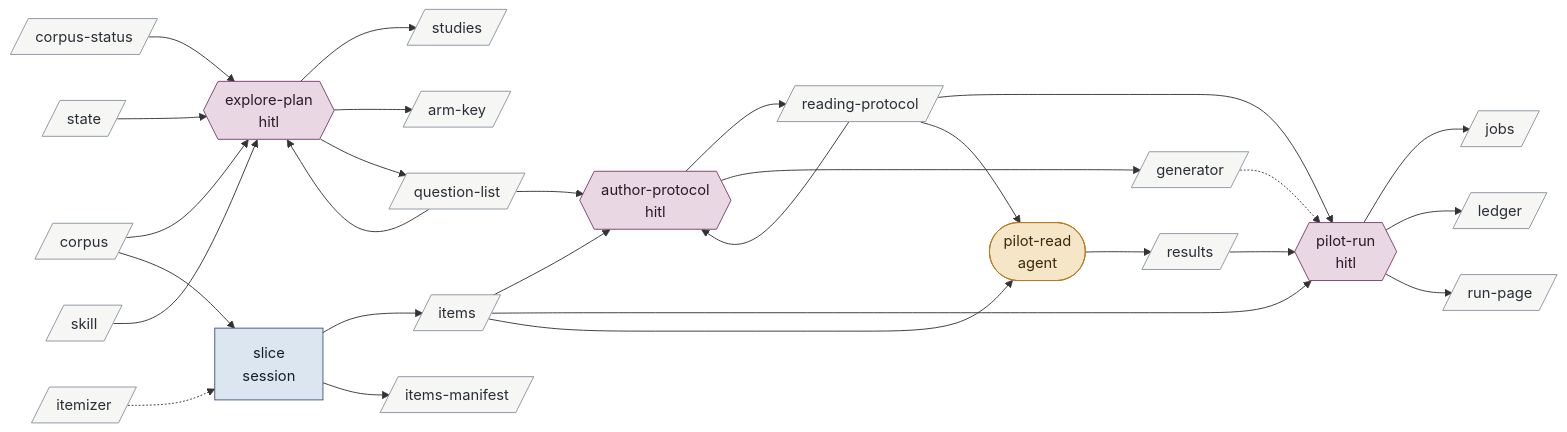
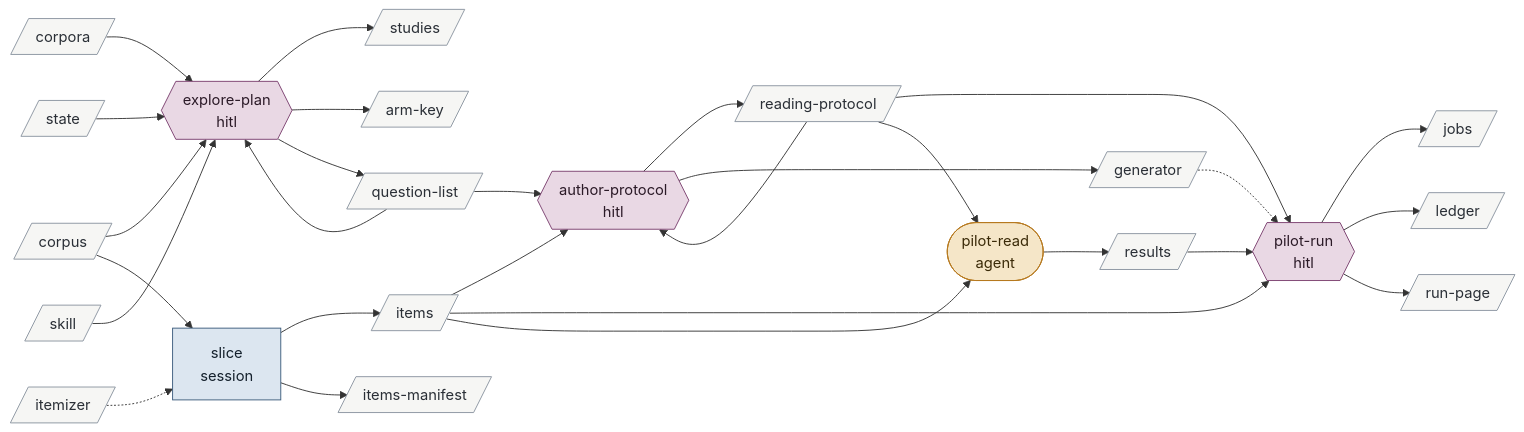
One commit to bc414/StoryPlanner changed diagram 12 of 15 in .claude/skills/v3-buildout-2/map.md. Above: the diagram before and after it, drawn with Mermaid. The commit also changed other lines of this file and 38 other files, not shown here.

````diff
--- a/.claude/skills/v3-buildout-2/map.md
+++ b/.claude/skills/v3-buildout-2/map.md
@@ -520,58 +520,58 @@
 ```mermaid
 flowchart LR
   classDef hitl fill:#e9d8e4,stroke:#7a3e6d,color:#2b1a27
   classDef session fill:#dce6f0,stroke:#3b5b7c,color:#14202c
   classDef agent fill:#f5e6c8,stroke:#b7791f,color:#3a2a08
   classDef artifact fill:#f6f6f4,stroke:#8a94a0,color:#2a2f36
   classDef activity fill:#dcebdd,stroke:#4b7f52,color:#122816
   classDef terminus fill:#e4e4ea,stroke:#5b5b7a,color:#1c1c2c
   exploreplan{{"explore-plan<br/>hitl"}}:::hitl
   slice["slice<br/>session"]:::session
   authorprotocol{{"author-protocol<br/>hitl"}}:::hitl
   pilotrun{{"pilot-run<br/>hitl"}}:::hitl
   pilotread(["pilot-read<br/>agent"]):::agent
   armkey[/"arm-key"/]:::artifact
+  corpora[/"corpora"/]:::artifact
   corpus[/"corpus"/]:::artifact
-  corpusstatus[/"corpus-status"/]:::artifact
   generator[/"generator"/]:::artifact
   itemizer[/"itemizer"/]:::artifact
   items[/"items"/]:::artifact
   itemsmanifest[/"items-manifest"/]:::artifact
   jobs[/"jobs"/]:::artifact
   ledger[/"ledger"/]:::artifact
   questionlist[/"question-list"/]:::artifact
   readingprotocol[/"reading-protocol"/]:::artifact
   results[/"results"/]:::artifact
   runpage[/"run-page"/]:::artifact
   skill[/"skill"/]:::artifact
   state[/"state"/]:::artifact
   studies[/"studies"/]:::artifact
 
   questionlist --> exploreplan
-  corpusstatus --> exploreplan
+  corpora --> exploreplan
   corpus --> exploreplan
   state --> exploreplan
   skill --> exploreplan
   exploreplan --> studies
   exploreplan --> armkey
   exploreplan --> questionlist
   corpus --> slice
   itemizer -.-> slice
   slice --> items
   slice --> itemsmanifest
   questionlist --> authorprotocol
   items --> authorprotocol
   readingprotocol --> authorprotocol
   authorprotocol --> readingprotocol
   authorprotocol --> generator
   readingprotocol --> pilotrun
   items --> pilotrun
   results --> pilotrun
   generator -.-> pilotrun
   pilotrun --> jobs
   pilotrun --> ledger
   pilotrun --> runpage
   readingprotocol --> pilotread
   items --> pilotread
   pilotread --> results
 ```
````
